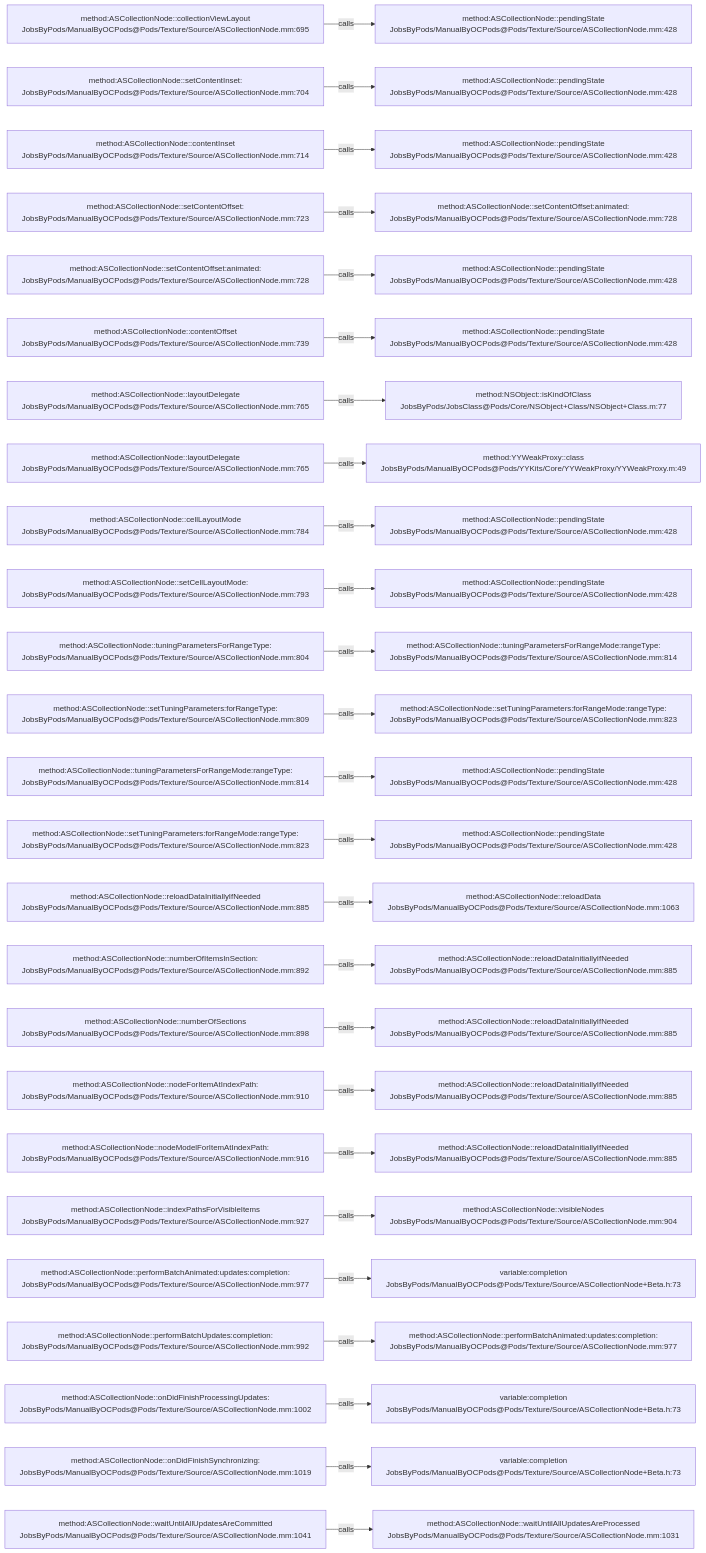
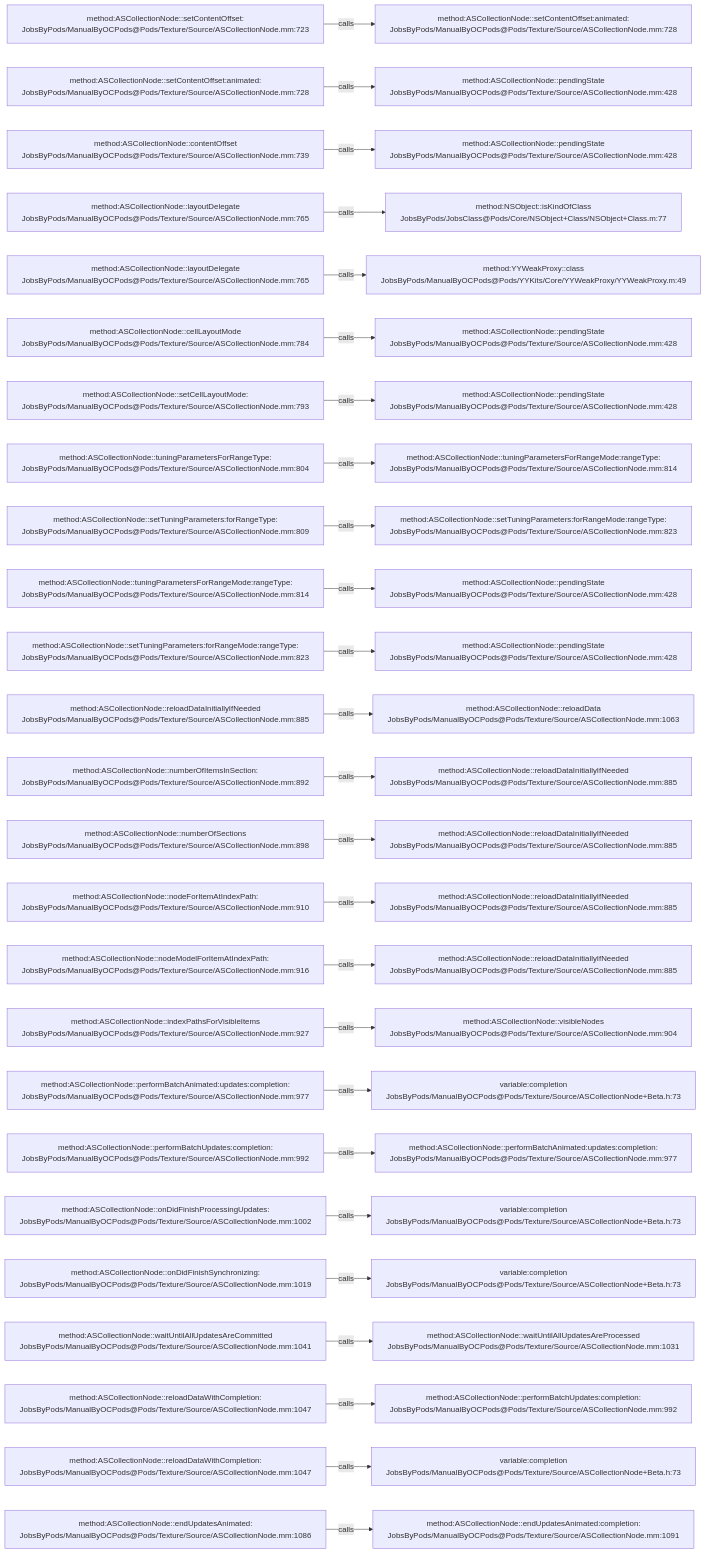
Before and after one commit to JobsKits/JobsOCBaseConfigDemo: the diagram in .codegraph/codegraph.md/graphs/calls-080.md, drawn with Mermaid. The commit also changed 342 other files, not shown here.

````diff
--- a/.codegraph/codegraph.md/graphs/calls-080.md
+++ b/.codegraph/codegraph.md/graphs/calls-080.md
@@ -13,78 +13,78 @@
 ```mermaid
 flowchart LR
-  S1["method:ASCollectionNode::collectionViewLayout<br/>JobsByPods/ManualByOCPods@Pods/Texture/Source/ASCollectionNode.mm:695"]
-  T1["method:ASCollectionNode::pendingState<br/>JobsByPods/ManualByOCPods@Pods/Texture/Source/ASCollectionNode.mm:428"]
+  S1["method:ASCollectionNode::setContentOffset:<br/>JobsByPods/ManualByOCPods@Pods/Texture/Source/ASCollectionNode.mm:723"]
+  T1["method:ASCollectionNode::setContentOffset:animated:<br/>JobsByPods/ManualByOCPods@Pods/Texture/Source/ASCollectionNode.mm:728"]
   S1 -->|calls| T1
-  S2["method:ASCollectionNode::setContentInset:<br/>JobsByPods/ManualByOCPods@Pods/Texture/Source/ASCollectionNode.mm:704"]
+  S2["method:ASCollectionNode::setContentOffset:animated:<br/>JobsByPods/ManualByOCPods@Pods/Texture/Source/ASCollectionNode.mm:728"]
   T2["method:ASCollectionNode::pendingState<br/>JobsByPods/ManualByOCPods@Pods/Texture/Source/ASCollectionNode.mm:428"]
   S2 -->|calls| T2
-  S3["method:ASCollectionNode::contentInset<br/>JobsByPods/ManualByOCPods@Pods/Texture/Source/ASCollectionNode.mm:714"]
+  S3["method:ASCollectionNode::contentOffset<br/>JobsByPods/ManualByOCPods@Pods/Texture/Source/ASCollectionNode.mm:739"]
   T3["method:ASCollectionNode::pendingState<br/>JobsByPods/ManualByOCPods@Pods/Texture/Source/ASCollectionNode.mm:428"]
   S3 -->|calls| T3
-  S4["method:ASCollectionNode::setContentOffset:<br/>JobsByPods/ManualByOCPods@Pods/Texture/Source/ASCollectionNode.mm:723"]
-  T4["method:ASCollectionNode::setContentOffset:animated:<br/>JobsByPods/ManualByOCPods@Pods/Texture/Source/ASCollectionNode.mm:728"]
+  S4["method:ASCollectionNode::layoutDelegate<br/>JobsByPods/ManualByOCPods@Pods/Texture/Source/ASCollectionNode.mm:765"]
+  T4["method:NSObject::isKindOfClass<br/>JobsByPods/JobsClass@Pods/Core/NSObject+Class/NSObject+Class.m:77"]
   S4 -->|calls| T4
-  S5["method:ASCollectionNode::setContentOffset:animated:<br/>JobsByPods/ManualByOCPods@Pods/Texture/Source/ASCollectionNode.mm:728"]
-  T5["method:ASCollectionNode::pendingState<br/>JobsByPods/ManualByOCPods@Pods/Texture/Source/ASCollectionNode.mm:428"]
+  S5["method:ASCollectionNode::layoutDelegate<br/>JobsByPods/ManualByOCPods@Pods/Texture/Source/ASCollectionNode.mm:765"]
+  T5["method:YYWeakProxy::class<br/>JobsByPods/ManualByOCPods@Pods/YYKits/Core/YYWeakProxy/YYWeakProxy.m:49"]
   S5 -->|calls| T5
-  S6["method:ASCollectionNode::contentOffset<br/>JobsByPods/ManualByOCPods@Pods/Texture/Source/ASCollectionNode.mm:739"]
+  S6["method:ASCollectionNode::cellLayoutMode<br/>JobsByPods/ManualByOCPods@Pods/Texture/Source/ASCollectionNode.mm:784"]
   T6["method:ASCollectionNode::pendingState<br/>JobsByPods/ManualByOCPods@Pods/Texture/Source/ASCollectionNode.mm:428"]
   S6 -->|calls| T6
-  S7["method:ASCollectionNode::layoutDelegate<br/>JobsByPods/ManualByOCPods@Pods/Texture/Source/ASCollectionNode.mm:765"]
-  T7["method:NSObject::isKindOfClass<br/>JobsByPods/JobsClass@Pods/Core/NSObject+Class/NSObject+Class.m:77"]
+  S7["method:ASCollectionNode::setCellLayoutMode:<br/>JobsByPods/ManualByOCPods@Pods/Texture/Source/ASCollectionNode.mm:793"]
+  T7["method:ASCollectionNode::pendingState<br/>JobsByPods/ManualByOCPods@Pods/Texture/Source/ASCollectionNode.mm:428"]
   S7 -->|calls| T7
-  S8["method:ASCollectionNode::layoutDelegate<br/>JobsByPods/ManualByOCPods@Pods/Texture/Source/ASCollectionNode.mm:765"]
-  T8["method:YYWeakProxy::class<br/>JobsByPods/ManualByOCPods@Pods/YYKits/Core/YYWeakProxy/YYWeakProxy.m:49"]
+  S8["method:ASCollectionNode::tuningParametersForRangeType:<br/>JobsByPods/ManualByOCPods@Pods/Texture/Source/ASCollectionNode.mm:804"]
+  T8["method:ASCollectionNode::tuningParametersForRangeMode:rangeType:<br/>JobsByPods/ManualByOCPods@Pods/Texture/Source/ASCollectionNode.mm:814"]
   S8 -->|calls| T8
-  S9["method:ASCollectionNode::cellLayoutMode<br/>JobsByPods/ManualByOCPods@Pods/Texture/Source/ASCollectionNode.mm:784"]
-  T9["method:ASCollectionNode::pendingState<br/>JobsByPods/ManualByOCPods@Pods/Texture/Source/ASCollectionNode.mm:428"]
+  S9["method:ASCollectionNode::setTuningParameters:forRangeType:<br/>JobsByPods/ManualByOCPods@Pods/Texture/Source/ASCollectionNode.mm:809"]
+  T9["method:ASCollectionNode::setTuningParameters:forRangeMode:rangeType:<br/>JobsByPods/ManualByOCPods@Pods/Texture/Source/ASCollectionNode.mm:823"]
   S9 -->|calls| T9
-  S10["method:ASCollectionNode::setCellLayoutMode:<br/>JobsByPods/ManualByOCPods@Pods/Texture/Source/ASCollectionNode.mm:793"]
+  S10["method:ASCollectionNode::tuningParametersForRangeMode:rangeType:<br/>JobsByPods/ManualByOCPods@Pods/Texture/Source/ASCollectionNode.mm:814"]
   T10["method:ASCollectionNode::pendingState<br/>JobsByPods/ManualByOCPods@Pods/Texture/Source/ASCollectionNode.mm:428"]
   S10 -->|calls| T10
-  S11["method:ASCollectionNode::tuningParametersForRangeType:<br/>JobsByPods/ManualByOCPods@Pods/Texture/Source/ASCollectionNode.mm:804"]
-  T11["method:ASCollectionNode::tuningParametersForRangeMode:rangeType:<br/>JobsByPods/ManualByOCPods@Pods/Texture/Source/ASCollectionNode.mm:814"]
+  S11["method:ASCollectionNode::setTuningParameters:forRangeMode:rangeType:<br/>JobsByPods/ManualByOCPods@Pods/Texture/Source/ASCollectionNode.mm:823"]
+  T11["method:ASCollectionNode::pendingState<br/>JobsByPods/ManualByOCPods@Pods/Texture/Source/ASCollectionNode.mm:428"]
   S11 -->|calls| T11
-  S12["method:ASCollectionNode::setTuningParameters:forRangeType:<br/>JobsByPods/ManualByOCPods@Pods/Texture/Source/ASCollectionNode.mm:809"]
-  T12["method:ASCollectionNode::setTuningParameters:forRangeMode:rangeType:<br/>JobsByPods/ManualByOCPods@Pods/Texture/Source/ASCollectionNode.mm:823"]
+  S12["method:ASCollectionNode::reloadDataInitiallyIfNeeded<br/>JobsByPods/ManualByOCPods@Pods/Texture/Source/ASCollectionNode.mm:885"]
+  T12["method:ASCollectionNode::reloadData<br/>JobsByPods/ManualByOCPods@Pods/Texture/Source/ASCollectionNode.mm:1063"]
   S12 -->|calls| T12
-  S13["method:ASCollectionNode::tuningParametersForRangeMode:rangeType:<br/>JobsByPods/ManualByOCPods@Pods/Texture/Source/ASCollectionNode.mm:814"]
-  T13["method:ASCollectionNode::pendingState<br/>JobsByPods/ManualByOCPods@Pods/Texture/Source/ASCollectionNode.mm:428"]
+  S13["method:ASCollectionNode::numberOfItemsInSection:<br/>JobsByPods/ManualByOCPods@Pods/Texture/Source/ASCollectionNode.mm:892"]
+  T13["method:ASCollectionNode::reloadDataInitiallyIfNeeded<br/>JobsByPods/ManualByOCPods@Pods/Texture/Source/ASCollectionNode.mm:885"]
   S13 -->|calls| T13
-  S14["method:ASCollectionNode::setTuningParameters:forRangeMode:rangeType:<br/>JobsByPods/ManualByOCPods@Pods/Texture/Source/ASCollectionNode.mm:823"]
-  T14["method:ASCollectionNode::pendingState<br/>JobsByPods/ManualByOCPods@Pods/Texture/Source/ASCollectionNode.mm:428"]
+  S14["method:ASCollectionNode::numberOfSections<br/>JobsByPods/ManualByOCPods@Pods/Texture/Source/ASCollectionNode.mm:898"]
+  T14["method:ASCollectionNode::reloadDataInitiallyIfNeeded<br/>JobsByPods/ManualByOCPods@Pods/Texture/Source/ASCollectionNode.mm:885"]
   S14 -->|calls| T14
-  S15["method:ASCollectionNode::reloadDataInitiallyIfNeeded<br/>JobsByPods/ManualByOCPods@Pods/Texture/Source/ASCollectionNode.mm:885"]
-  T15["method:ASCollectionNode::reloadData<br/>JobsByPods/ManualByOCPods@Pods/Texture/Source/ASCollectionNode.mm:1063"]
+  S15["method:ASCollectionNode::nodeForItemAtIndexPath:<br/>JobsByPods/ManualByOCPods@Pods/Texture/Source/ASCollectionNode.mm:910"]
+  T15["method:ASCollectionNode::reloadDataInitiallyIfNeeded<br/>JobsByPods/ManualByOCPods@Pods/Texture/Source/ASCollectionNode.mm:885"]
   S15 -->|calls| T15
-  S16["method:ASCollectionNode::numberOfItemsInSection:<br/>JobsByPods/ManualByOCPods@Pods/Texture/Source/ASCollectionNode.mm:892"]
+  S16["method:ASCollectionNode::nodeModelForItemAtIndexPath:<br/>JobsByPods/ManualByOCPods@Pods/Texture/Source/ASCollectionNode.mm:916"]
   T16["method:ASCollectionNode::reloadDataInitiallyIfNeeded<br/>JobsByPods/ManualByOCPods@Pods/Texture/Source/ASCollectionNode.mm:885"]
   S16 -->|calls| T16
-  S17["method:ASCollectionNode::numberOfSections<br/>JobsByPods/ManualByOCPods@Pods/Texture/Source/ASCollectionNode.mm:898"]
-  T17["method:ASCollectionNode::reloadDataInitiallyIfNeeded<br/>JobsByPods/ManualByOCPods@Pods/Texture/Source/ASCollectionNode.mm:885"]
+  S17["method:ASCollectionNode::indexPathsForVisibleItems<br/>JobsByPods/ManualByOCPods@Pods/Texture/Source/ASCollectionNode.mm:927"]
+  T17["method:ASCollectionNode::visibleNodes<br/>JobsByPods/ManualByOCPods@Pods/Texture/Source/ASCollectionNode.mm:904"]
   S17 -->|calls| T17
-  S18["method:ASCollectionNode::nodeForItemAtIndexPath:<br/>JobsByPods/ManualByOCPods@Pods/Texture/Source/ASCollectionNode.mm:910"]
-  T18["method:ASCollectionNode::reloadDataInitiallyIfNeeded<br/>JobsByPods/ManualByOCPods@Pods/Texture/Source/ASCollectionNode.mm:885"]
+  S18["method:ASCollectionNode::performBatchAnimated:updates:completion:<br/>JobsByPods/ManualByOCPods@Pods/Texture/Source/ASCollectionNode.mm:977"]
+  T18["variable:completion<br/>JobsByPods/ManualByOCPods@Pods/Texture/Source/ASCollectionNode+Beta.h:73"]
   S18 -->|calls| T18
-  S19["method:ASCollectionNode::nodeModelForItemAtIndexPath:<br/>JobsByPods/ManualByOCPods@Pods/Texture/Source/ASCollectionNode.mm:916"]
-  T19["method:ASCollectionNode::reloadDataInitiallyIfNeeded<br/>JobsByPods/ManualByOCPods@Pods/Texture/Source/ASCollectionNode.mm:885"]
+  S19["method:ASCollectionNode::performBatchUpdates:completion:<br/>JobsByPods/ManualByOCPods@Pods/Texture/Source/ASCollectionNode.mm:992"]
+  T19["method:ASCollectionNode::performBatchAnimated:updates:completion:<br/>JobsByPods/ManualByOCPods@Pods/Texture/Source/ASCollectionNode.mm:977"]
   S19 -->|calls| T19
-  S20["method:ASCollectionNode::indexPathsForVisibleItems<br/>JobsByPods/ManualByOCPods@Pods/Texture/Source/ASCollectionNode.mm:927"]
-  T20["method:ASCollectionNode::visibleNodes<br/>JobsByPods/ManualByOCPods@Pods/Texture/Source/ASCollectionNode.mm:904"]
+  S20["method:ASCollectionNode::onDidFinishProcessingUpdates:<br/>JobsByPods/ManualByOCPods@Pods/Texture/Source/ASCollectionNode.mm:1002"]
+  T20["variable:completion<br/>JobsByPods/ManualByOCPods@Pods/Texture/Source/ASCollectionNode+Beta.h:73"]
   S20 -->|calls| T20
-  S21["method:ASCollectionNode::performBatchAnimated:updates:completion:<br/>JobsByPods/ManualByOCPods@Pods/Texture/Source/ASCollectionNode.mm:977"]
+  S21["method:ASCollectionNode::onDidFinishSynchronizing:<br/>JobsByPods/ManualByOCPods@Pods/Texture/Source/ASCollectionNode.mm:1019"]
   T21["variable:completion<br/>JobsByPods/ManualByOCPods@Pods/Texture/Source/ASCollectionNode+Beta.h:73"]
   S21 -->|calls| T21
-  S22["method:ASCollectionNode::performBatchUpdates:completion:<br/>JobsByPods/ManualByOCPods@Pods/Texture/Source/ASCollectionNode.mm:992"]
-  T22["method:ASCollectionNode::performBatchAnimated:updates:completion:<br/>JobsByPods/ManualByOCPods@Pods/Texture/Source/ASCollectionNode.mm:977"]
+  S22["method:ASCollectionNode::waitUntilAllUpdatesAreCommitted<br/>JobsByPods/ManualByOCPods@Pods/Texture/Source/ASCollectionNode.mm:1041"]
+  T22["method:ASCollectionNode::waitUntilAllUpdatesAreProcessed<br/>JobsByPods/ManualByOCPods@Pods/Texture/Source/ASCollectionNode.mm:1031"]
   S22 -->|calls| T22
-  S23["method:ASCollectionNode::onDidFinishProcessingUpdates:<br/>JobsByPods/ManualByOCPods@Pods/Texture/Source/ASCollectionNode.mm:1002"]
-  T23["variable:completion<br/>JobsByPods/ManualByOCPods@Pods/Texture/Source/ASCollectionNode+Beta.h:73"]
+  S23["method:ASCollectionNode::reloadDataWithCompletion:<br/>JobsByPods/ManualByOCPods@Pods/Texture/Source/ASCollectionNode.mm:1047"]
+  T23["method:ASCollectionNode::performBatchUpdates:completion:<br/>JobsByPods/ManualByOCPods@Pods/Texture/Source/ASCollectionNode.mm:992"]
   S23 -->|calls| T23
-  S24["method:ASCollectionNode::onDidFinishSynchronizing:<br/>JobsByPods/ManualByOCPods@Pods/Texture/Source/ASCollectionNode.mm:1019"]
+  S24["method:ASCollectionNode::reloadDataWithCompletion:<br/>JobsByPods/ManualByOCPods@Pods/Texture/Source/ASCollectionNode.mm:1047"]
   T24["variable:completion<br/>JobsByPods/ManualByOCPods@Pods/Texture/Source/ASCollectionNode+Beta.h:73"]
   S24 -->|calls| T24
-  S25["method:ASCollectionNode::waitUntilAllUpdatesAreCommitted<br/>JobsByPods/ManualByOCPods@Pods/Texture/Source/ASCollectionNode.mm:1041"]
-  T25["method:ASCollectionNode::waitUntilAllUpdatesAreProcessed<br/>JobsByPods/ManualByOCPods@Pods/Texture/Source/ASCollectionNode.mm:1031"]
+  S25["method:ASCollectionNode::endUpdatesAnimated:<br/>JobsByPods/ManualByOCPods@Pods/Texture/Source/ASCollectionNode.mm:1086"]
+  T25["method:ASCollectionNode::endUpdatesAnimated:completion:<br/>JobsByPods/ManualByOCPods@Pods/Texture/Source/ASCollectionNode.mm:1091"]
   S25 -->|calls| T25
 ```
````
